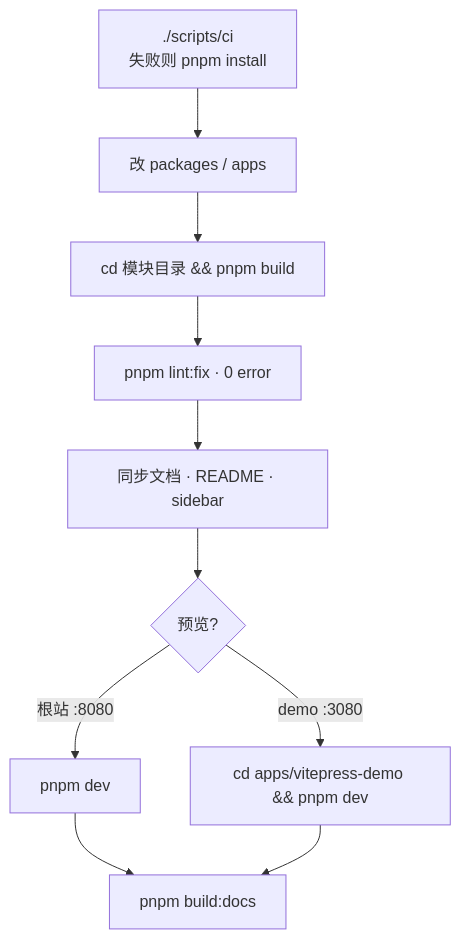
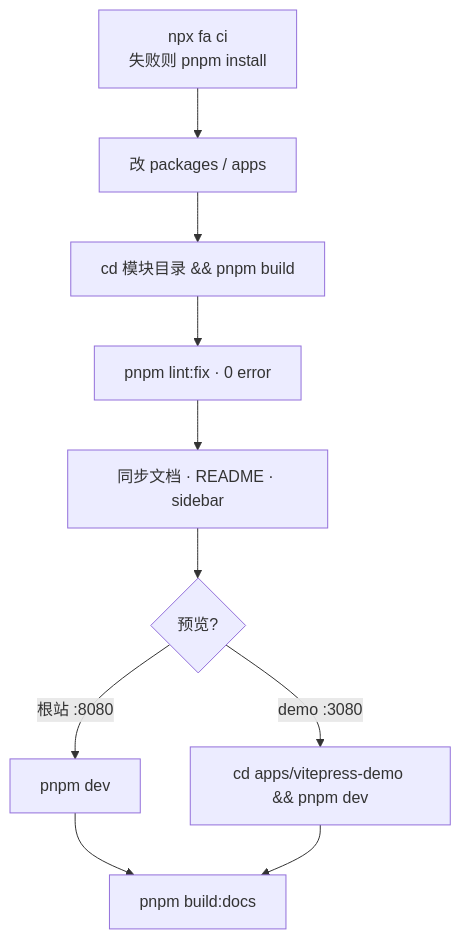
One commit to 142vip/core-x changed the fifth of 5 diagrams in README.md. Above: the diagram before and after it, drawn with Mermaid. The commit also changed other lines of this file and 4 other files, not shown here.

````diff
--- a/README.md
+++ b/README.md
@@ -162,12 +162,12 @@
 ```mermaid
 flowchart TD
-  A["./scripts/ci<br/>失败则 pnpm install"] --> B["改 packages / apps"]
+  A["npx fa ci<br/>失败则 pnpm install"] --> B["改 packages / apps"]
   B --> C["cd 模块目录 && pnpm build"]
   C --> D["pnpm lint:fix · 0 error"]
   D --> E["同步文档 · README · sidebar"]
   E --> F{"预览?"}
   F -->|根站 :8080| G["pnpm dev"]
   F -->|demo :3080| H["cd apps/vitepress-demo && pnpm dev"]
   G --> I["pnpm build:docs"]
   H --> I
 ```
````
